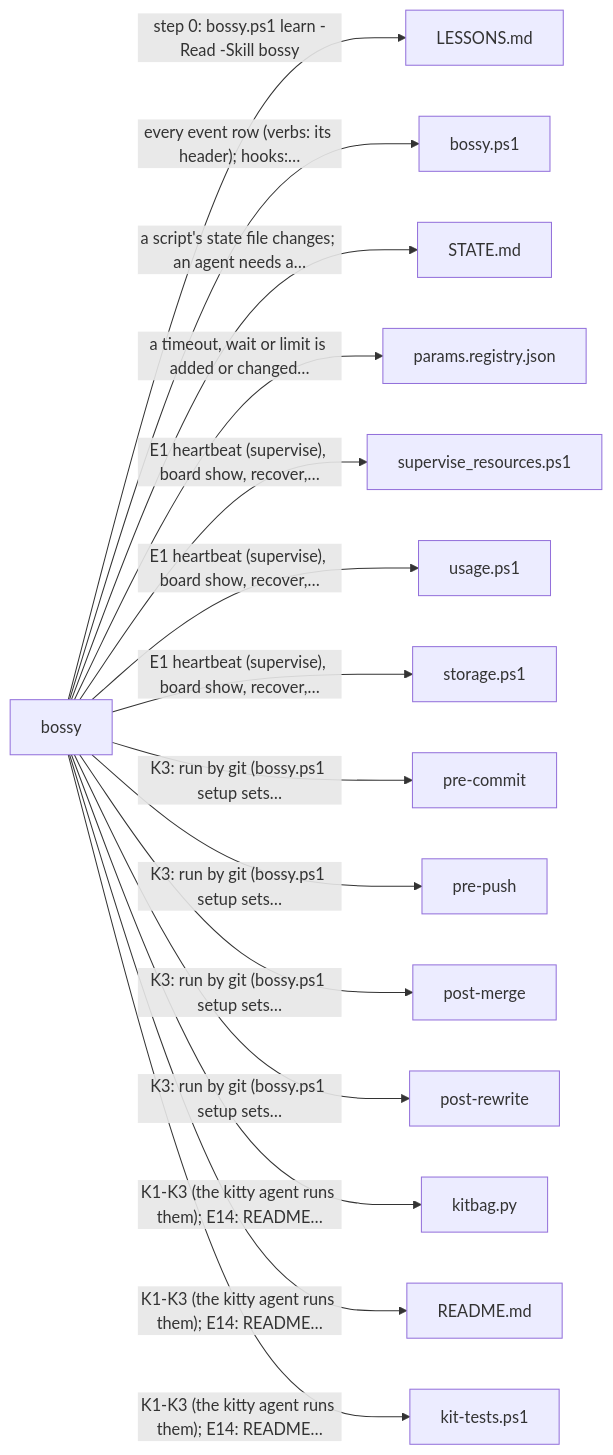
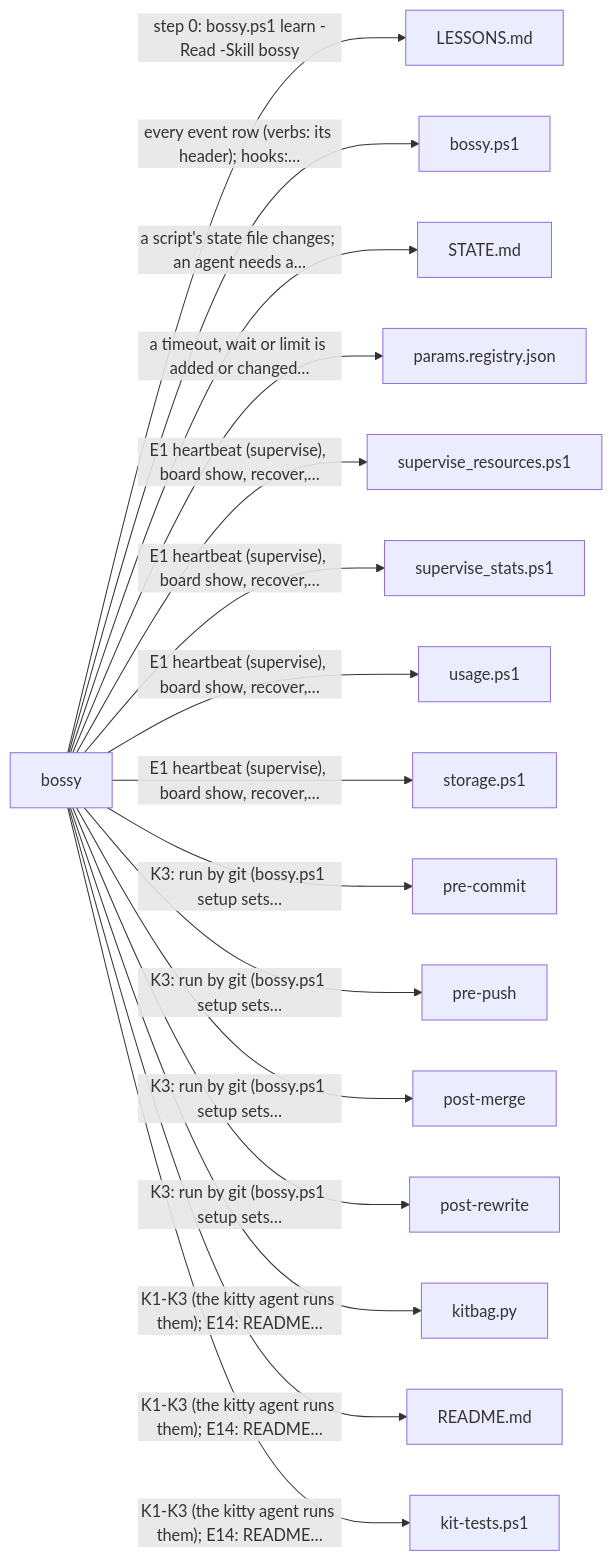
One commit to prskid1000/claude-crew changed the third of 5 diagrams in README.md. Above: the diagram before and after it, drawn with Mermaid. The commit also changed other lines of this file and 9 other files, not shown here.

First line of the commit message:
feat(supervise): lease waits, test runs, CPU graphs; even tile rows

````diff
--- a/README.md
+++ b/README.md
@@ -405,18 +412,19 @@
 ```mermaid
 flowchart LR
   skills_bossy_SKILL_md["bossy"]
   skills_bossy_SKILL_md -->|"step 0: bossy.ps1 learn -Read -Skill bossy"| LESSONS_md["LESSONS.md"]
   skills_bossy_SKILL_md -->|"every event row (verbs: its header); hooks:…"| skills_bossy_bossy_ps1["bossy.ps1"]
   skills_bossy_SKILL_md -->|"a script's state file changes; an agent needs a…"| skills_bossy_STATE_md["STATE.md"]
   skills_bossy_SKILL_md -->|"a timeout, wait or limit is added or changed…"| skills_bossy_params_registry_json["params.registry.json"]
   skills_bossy_SKILL_md -->|"E1 heartbeat (supervise), board show, recover,…"| skills_bossy_adapters_supervise_resources_ps1["supervise_resources.ps1"]
+  skills_bossy_SKILL_md -->|"E1 heartbeat (supervise), board show, recover,…"| skills_bossy_adapters_supervise_stats_ps1["supervise_stats.ps1"]
   skills_bossy_SKILL_md -->|"E1 heartbeat (supervise), board show, recover,…"| skills_bossy_adapters_usage_ps1["usage.ps1"]
   skills_bossy_SKILL_md -->|"E1 heartbeat (supervise), board show, recover,…"| skills_bossy_adapters_storage_ps1["storage.ps1"]
   skills_bossy_SKILL_md -->|"K3: run by git (bossy.ps1 setup sets…"| _githooks_pre_commit["pre-commit"]
   skills_bossy_SKILL_md -->|"K3: run by git (bossy.ps1 setup sets…"| _githooks_pre_push["pre-push"]
   skills_bossy_SKILL_md -->|"K3: run by git (bossy.ps1 setup sets…"| _githooks_post_merge["post-merge"]
   skills_bossy_SKILL_md -->|"K3: run by git (bossy.ps1 setup sets…"| _githooks_post_rewrite["post-rewrite"]
   skills_bossy_SKILL_md -->|"K1-K3 (the kitty agent runs them); E14: README…"| skills_bossy_kitbag_py["kitbag.py"]
   skills_bossy_SKILL_md -->|"K1-K3 (the kitty agent runs them); E14: README…"| README_md["README.md"]
   skills_bossy_SKILL_md -->|"K1-K3 (the kitty agent runs them); E14: README…"| tests_kit_tests_ps1["kit-tests.ps1"]
 ```
````
